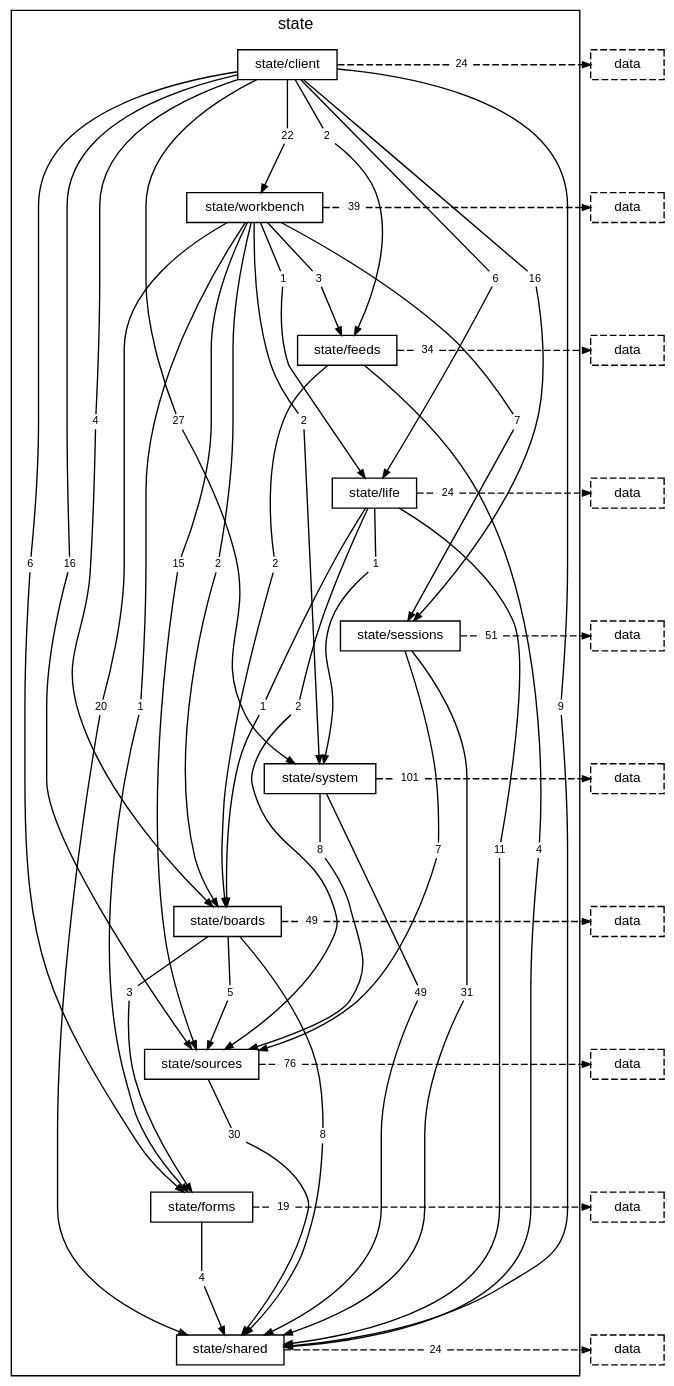
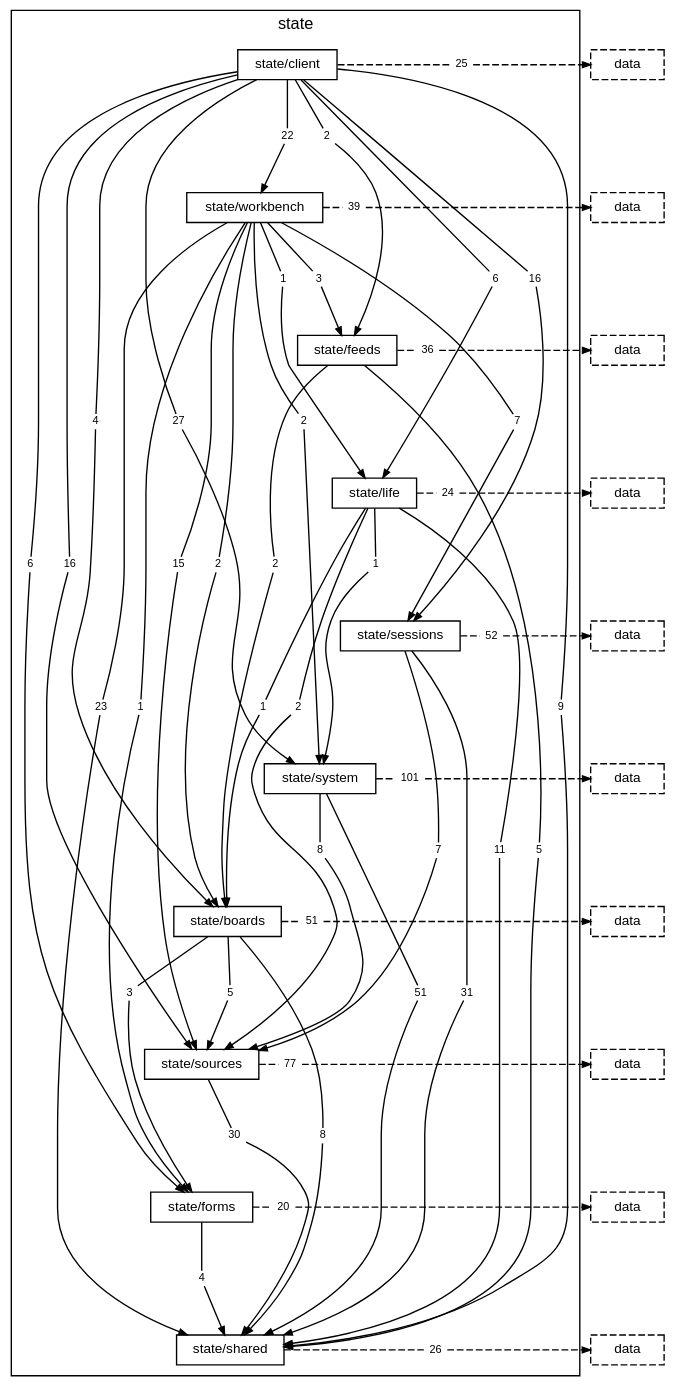
The diagram in docs/diagrams/layer-state.dot (TheAxeC/oculus), drawn with Graphviz before and after one commit. The commit also changed 233 other files, not shown here.

```diff
--- a/docs/diagrams/layer-state.dot
+++ b/docs/diagrams/layer-state.dot
@@ -23,19 +23,19 @@
         "folder state/client to folder state/sources" [label="16", shape=box, color="transparent", fontsize=8, width=0, height=0, margin="0.04,0.02"];
         "folder state/client to folder state/system" [label="27", shape=box, color="transparent", fontsize=8, width=0, height=0, margin="0.04,0.02"];
         "folder state/client to folder state/workbench" [label="22", shape=box, color="transparent", fontsize=8, width=0, height=0, margin="0.04,0.02"];
-        "folder state/client to layer data" [label="24", shape=box, color="transparent", fontsize=8, width=0, height=0, margin="0.04,0.02"];
+        "folder state/client to layer data" [label="25", shape=box, color="transparent", fontsize=8, width=0, height=0, margin="0.04,0.02"];
         "folder state/workbench to folder state/boards" [label="2", shape=box, color="transparent", fontsize=8, width=0, height=0, margin="0.04,0.02"];
         "folder state/workbench to folder state/feeds" [label="3", shape=box, color="transparent", fontsize=8, width=0, height=0, margin="0.04,0.02"];
         "folder state/workbench to folder state/forms" [label="1", shape=box, color="transparent", fontsize=8, width=0, height=0, margin="0.04,0.02"];
         "folder state/workbench to folder state/life" [label="1", shape=box, color="transparent", fontsize=8, width=0, height=0, margin="0.04,0.02"];
         "folder state/workbench to folder state/sessions" [label="7", shape=box, color="transparent", fontsize=8, width=0, height=0, margin="0.04,0.02"];
-        "folder state/workbench to folder state/shared" [label="20", shape=box, color="transparent", fontsize=8, width=0, height=0, margin="0.04,0.02"];
+        "folder state/workbench to folder state/shared" [label="23", shape=box, color="transparent", fontsize=8, width=0, height=0, margin="0.04,0.02"];
         "folder state/workbench to folder state/sources" [label="15", shape=box, color="transparent", fontsize=8, width=0, height=0, margin="0.04,0.02"];
         "folder state/workbench to folder state/system" [label="2", shape=box, color="transparent", fontsize=8, width=0, height=0, margin="0.04,0.02"];
         "folder state/workbench to layer data" [label="39", shape=box, color="transparent", fontsize=8, width=0, height=0, margin="0.04,0.02"];
         "folder state/feeds to folder state/boards" [label="2", shape=box, color="transparent", fontsize=8, width=0, height=0, margin="0.04,0.02"];
-        "folder state/feeds to folder state/shared" [label="4", shape=box, color="transparent", fontsize=8, width=0, height=0, margin="0.04,0.02"];
-        "folder state/feeds to layer data" [label="34", shape=box, color="transparent", fontsize=8, width=0, height=0, margin="0.04,0.02"];
+        "folder state/feeds to folder state/shared" [label="5", shape=box, color="transparent", fontsize=8, width=0, height=0, margin="0.04,0.02"];
+        "folder state/feeds to layer data" [label="36", shape=box, color="transparent", fontsize=8, width=0, height=0, margin="0.04,0.02"];
         "folder state/life to folder state/boards" [label="1", shape=box, color="transparent", fontsize=8, width=0, height=0, margin="0.04,0.02"];
         "folder state/life to folder state/shared" [label="11", shape=box, color="transparent", fontsize=8, width=0, height=0, margin="0.04,0.02"];
         "folder state/life to folder state/sources" [label="2", shape=box, color="transparent", fontsize=8, width=0, height=0, margin="0.04,0.02"];
@@ -43,19 +43,19 @@
         "folder state/life to layer data" [label="24", shape=box, color="transparent", fontsize=8, width=0, height=0, margin="0.04,0.02"];
         "folder state/sessions to folder state/shared" [label="31", shape=box, color="transparent", fontsize=8, width=0, height=0, margin="0.04,0.02"];
         "folder state/sessions to folder state/sources" [label="7", shape=box, color="transparent", fontsize=8, width=0, height=0, margin="0.04,0.02"];
-        "folder state/sessions to layer data" [label="51", shape=box, color="transparent", fontsize=8, width=0, height=0, margin="0.04,0.02"];
-        "folder state/system to folder state/shared" [label="49", shape=box, color="transparent", fontsize=8, width=0, height=0, margin="0.04,0.02"];
+        "folder state/sessions to layer data" [label="52", shape=box, color="transparent", fontsize=8, width=0, height=0, margin="0.04,0.02"];
+        "folder state/system to folder state/shared" [label="51", shape=box, color="transparent", fontsize=8, width=0, height=0, margin="0.04,0.02"];
         "folder state/system to folder state/sources" [label="8", shape=box, color="transparent", fontsize=8, width=0, height=0, margin="0.04,0.02"];
         "folder state/system to layer data" [label="101", shape=box, color="transparent", fontsize=8, width=0, height=0, margin="0.04,0.02"];
         "folder state/boards to folder state/forms" [label="3", shape=box, color="transparent", fontsize=8, width=0, height=0, margin="0.04,0.02"];
         "folder state/boards to folder state/shared" [label="8", shape=box, color="transparent", fontsize=8, width=0, height=0, margin="0.04,0.02"];
         "folder state/boards to folder state/sources" [label="5", shape=box, color="transparent", fontsize=8, width=0, height=0, margin="0.04,0.02"];
-        "folder state/boards to layer data" [label="49", shape=box, color="transparent", fontsize=8, width=0, height=0, margin="0.04,0.02"];
+        "folder state/boards to layer data" [label="51", shape=box, color="transparent", fontsize=8, width=0, height=0, margin="0.04,0.02"];
         "folder state/sources to folder state/shared" [label="30", shape=box, color="transparent", fontsize=8, width=0, height=0, margin="0.04,0.02"];
-        "folder state/sources to layer data" [label="76", shape=box, color="transparent", fontsize=8, width=0, height=0, margin="0.04,0.02"];
+        "folder state/sources to layer data" [label="77", shape=box, color="transparent", fontsize=8, width=0, height=0, margin="0.04,0.02"];
         "folder state/forms to folder state/shared" [label="4", shape=box, color="transparent", fontsize=8, width=0, height=0, margin="0.04,0.02"];
-        "folder state/forms to layer data" [label="19", shape=box, color="transparent", fontsize=8, width=0, height=0, margin="0.04,0.02"];
-        "folder state/shared to layer data" [label="24", shape=box, color="transparent", fontsize=8, width=0, height=0, margin="0.04,0.02"];
+        "folder state/forms to layer data" [label="20", shape=box, color="transparent", fontsize=8, width=0, height=0, margin="0.04,0.02"];
+        "folder state/shared to layer data" [label="26", shape=box, color="transparent", fontsize=8, width=0, height=0, margin="0.04,0.02"];
     }
     "layer data from folder state/client" [label="data", style=dashed];
     "layer data from folder state/workbench" [label="data", style=dashed];
```
